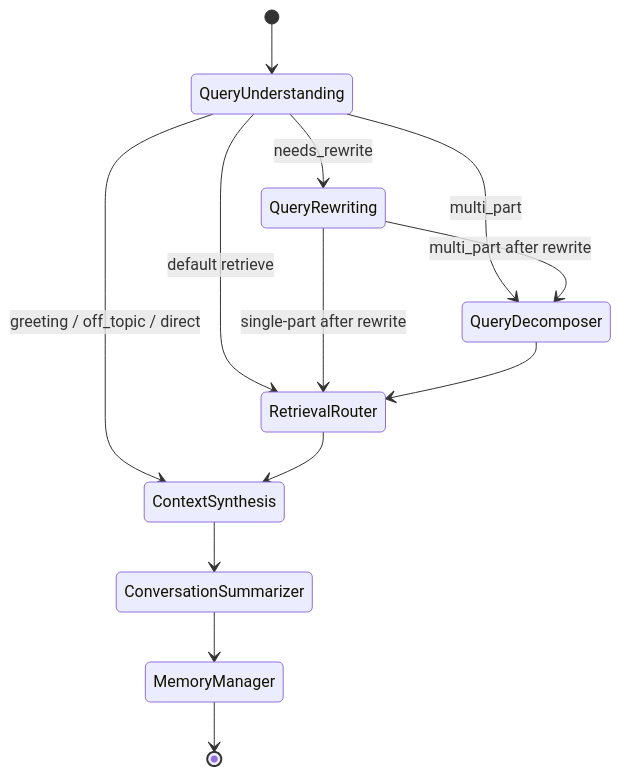
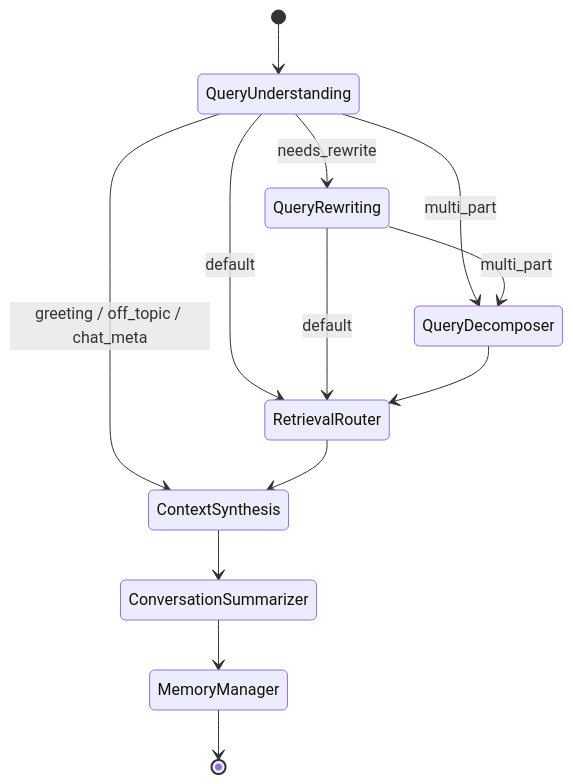
The third of 3 diagrams in docs/architecture.md (VoidCoder01/CogniFlow), drawn with Mermaid before and after one commit. The commit also changed 8 other files, not shown here.

Commit message:
feat(v3): sub-query retrieval merge, docs, Streamlit agent timeline, tests

````diff
--- a/docs/architecture.md
+++ b/docs/architecture.md
@@ -85,15 +85,15 @@
 ```mermaid
 stateDiagram-v2
   [*] --> QueryUnderstanding
-  QueryUnderstanding --> ContextSynthesis: greeting / off_topic / direct
+  QueryUnderstanding --> ContextSynthesis: greeting / off_topic / chat_meta
   QueryUnderstanding --> QueryRewriting: needs_rewrite
   QueryUnderstanding --> QueryDecomposer: multi_part
-  QueryUnderstanding --> RetrievalRouter: default retrieve
-  QueryRewriting --> QueryDecomposer: multi_part after rewrite
-  QueryRewriting --> RetrievalRouter: single-part after rewrite
+  QueryUnderstanding --> RetrievalRouter: default
+  QueryRewriting --> QueryDecomposer: multi_part
+  QueryRewriting --> RetrievalRouter: default
   QueryDecomposer --> RetrievalRouter
   RetrievalRouter --> ContextSynthesis
   ContextSynthesis --> ConversationSummarizer
   ConversationSummarizer --> MemoryManager
   MemoryManager --> [*]
 ```
````
